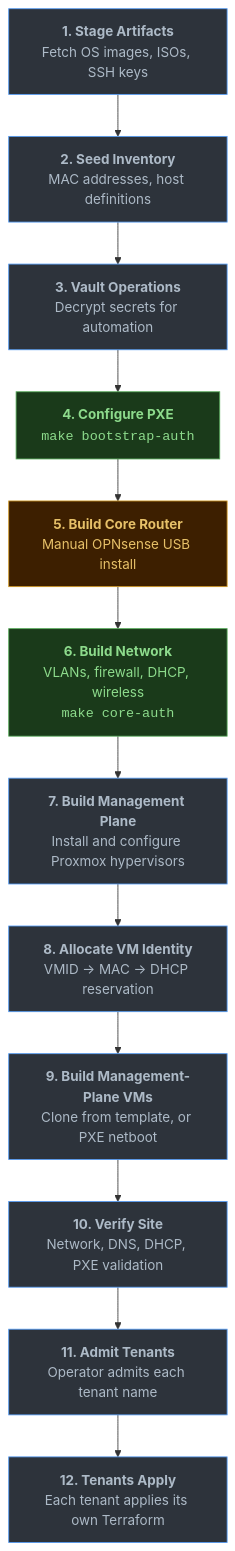
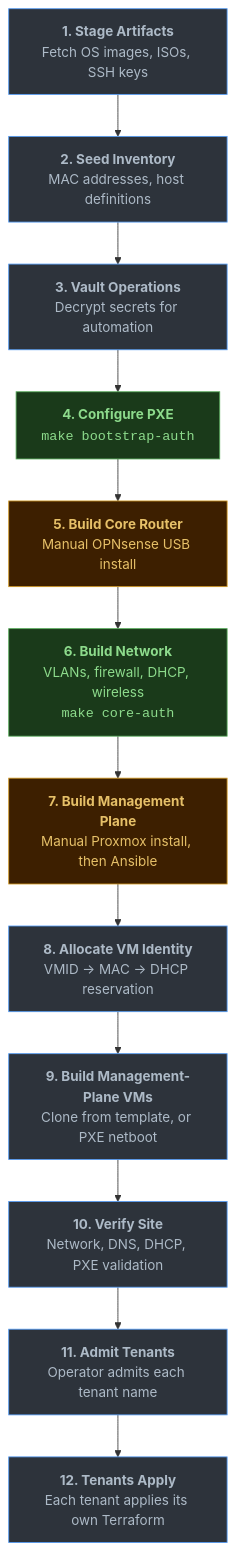
Before and after one commit to deevnet/deevnet-docs: the diagram in content/docs/runbook/substrate/building-recovery/_index.md, drawn with Mermaid. The commit also changed other lines of this file and 31 other files, not shown here.

```diff
--- a/content/docs/runbook/substrate/building-recovery/_index.md
+++ b/content/docs/runbook/substrate/building-recovery/_index.md
@@ -63,21 +63,21 @@
 {{< mermaid >}}
 flowchart TD
     A["<b>1. Stage Artifacts</b><br/>Fetch OS images, ISOs, SSH keys"]
     B["<b>2. Seed Inventory</b><br/>MAC addresses, host definitions"]
     C["<b>3. Vault Operations</b><br/>Decrypt secrets for automation"]
     D["<b>4. Configure PXE</b><br/><code>make bootstrap-auth</code>"]:::transition
     E["<b>5. Build Core Router</b><br/>Manual OPNsense USB install"]:::manual
     F["<b>6. Build Network</b><br/>VLANs, firewall, DHCP, wireless<br/><code>make core-auth</code>"]:::transition
-    G["<b>7. Build Management Plane</b><br/>Install and configure Proxmox hypervisors"]
+    G["<b>7. Build Management Plane</b><br/>Manual Proxmox install, then Ansible"]:::manual
     H["<b>8. Allocate VM Identity</b><br/>VMID &rarr; MAC &rarr; DHCP reservation"]
     I["<b>9. Build Management-Plane VMs</b><br/>Clone from template, or PXE netboot"]
     J["<b>10. Verify Site</b><br/>Network, DNS, DHCP, PXE validation"]
     K["<b>11. Admit Tenants</b><br/>Operator admits each tenant name"]
     L["<b>12. Tenants Apply</b><br/>Each tenant applies its own Terraform"]
 
     A --> B --> C --> D --> E --> F --> G --> H --> I --> J --> K --> L
 
     classDef default fill:#2d333b,stroke:#539bf5,color:#adbac7
     classDef transition fill:#1a3a1a,stroke:#57ab5a,color:#8ddb8c
     classDef manual fill:#3d1f00,stroke:#d29922,color:#e6c068
 {{< /mermaid >}}
```
